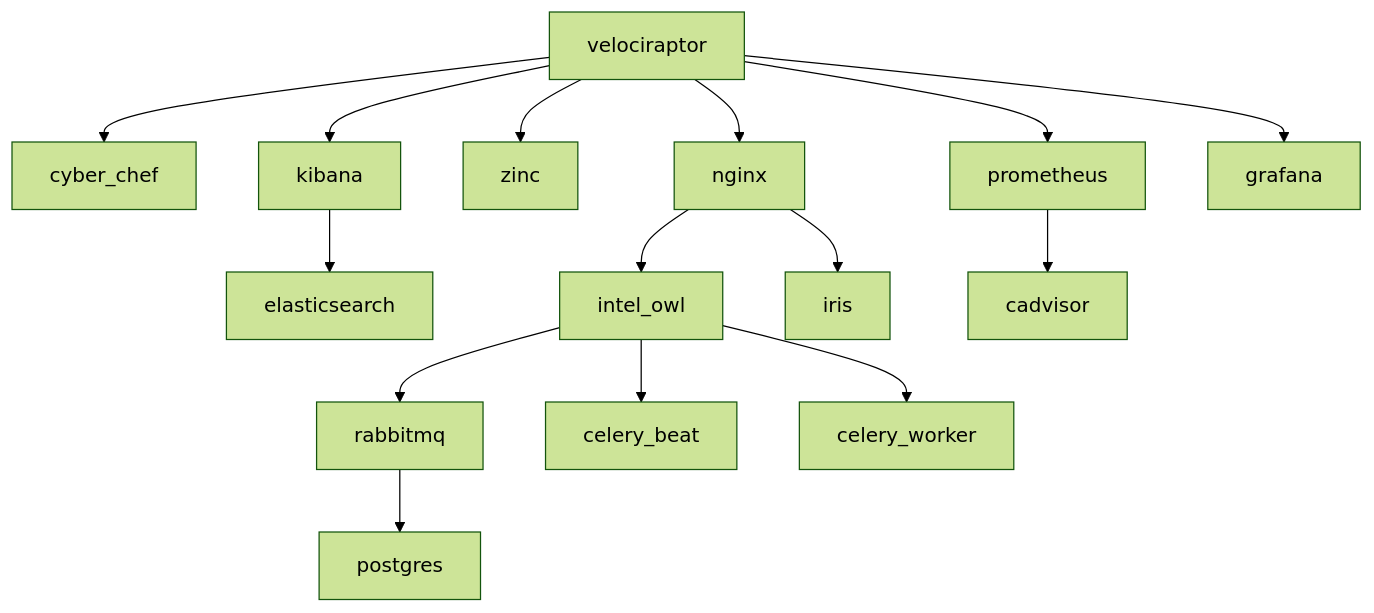
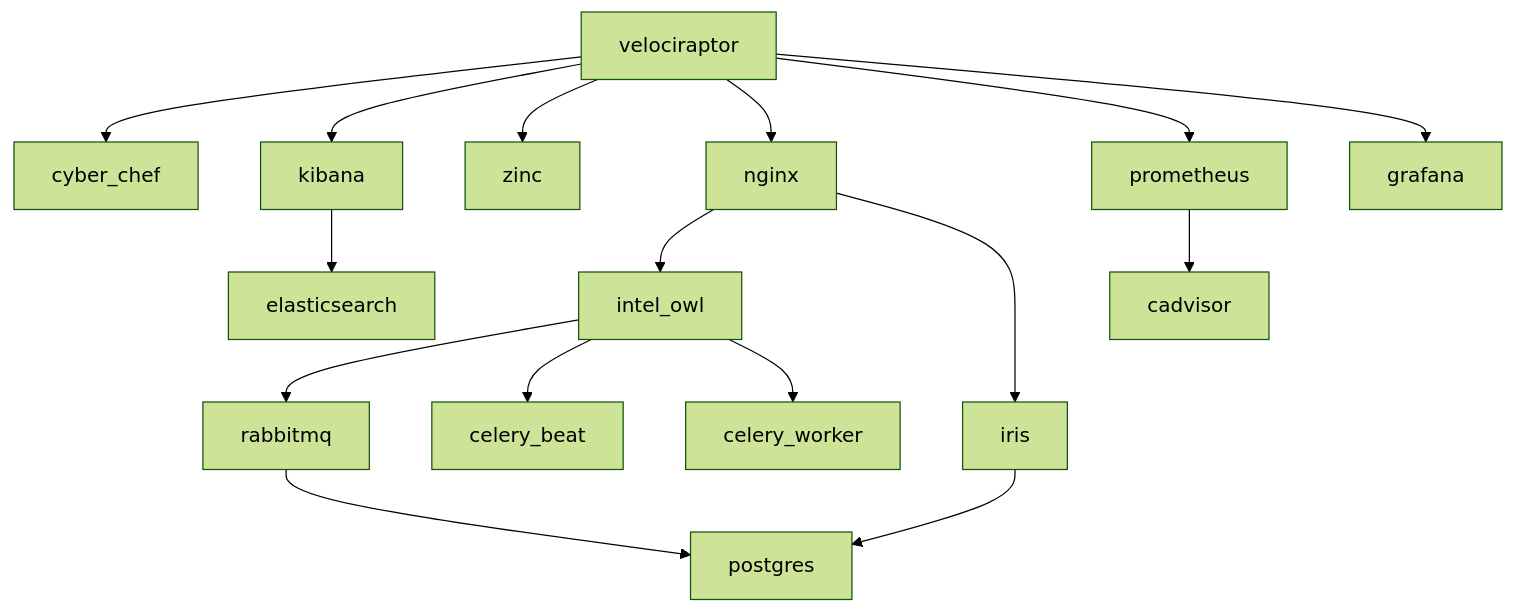
One commit to cyberphor/velocistack-dev changed the diagram in README.md. Above: the diagram before and after it, drawn with Mermaid (forest theme). The commit also changed 15 other files, not shown here.

````diff
--- a/README.md
+++ b/README.md
@@ -104,16 +104,17 @@
 ```mermaid
 flowchart TD
     velociraptor --> cyber_chef
     velociraptor --> kibana 
         kibana --> elasticsearch
     velociraptor --> zinc
     velociraptor --> nginx 
         nginx --> intel_owl
             intel_owl --> rabbitmq --> postgres
             intel_owl --> celery_beat
             intel_owl --> celery_worker 
         nginx --> iris
+            iris --> postgres
     velociraptor --> prometheus
         prometheus --> cadvisor
     velociraptor --> grafana
 ```
````
